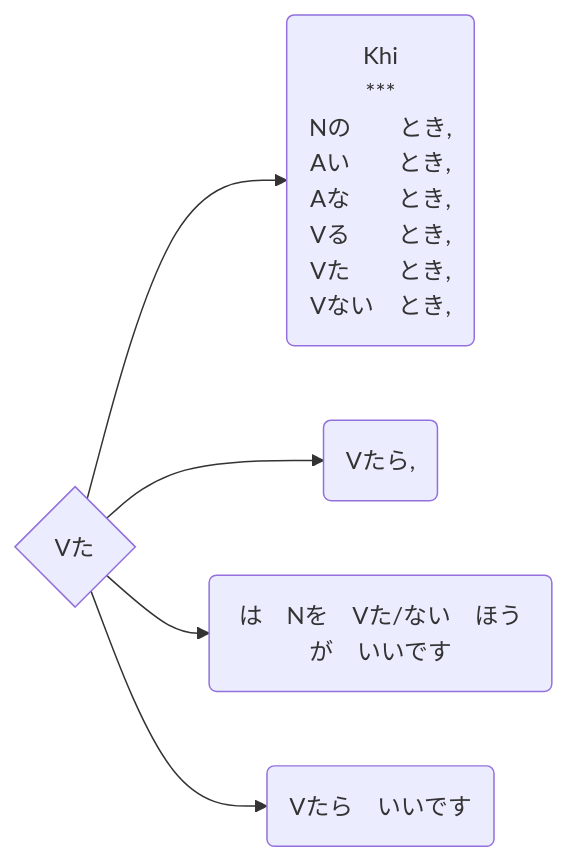
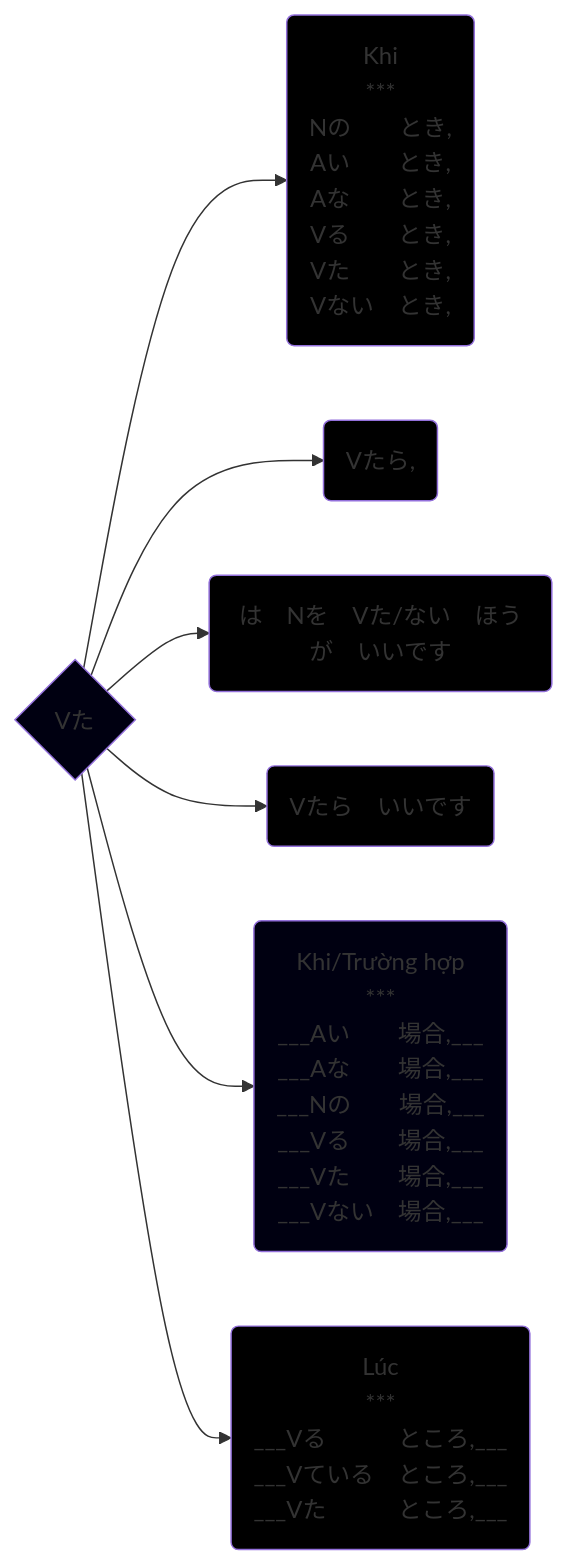
Before and after one commit to tea1504/learn: the diagram in The/た形.md, drawn with Mermaid. The commit also changed 18 other files, not shown here.

````diff
--- a/The/た形.md
+++ b/The/た形.md
@@ -1,9 +1,19 @@
 ```mermaid
 graph LR;
     V{Vた}
 
     V-->khi(Khi\n***\nNの　　とき,\nAい　　とき,\nAな　　とき,\nVる　　とき,\nVた　　とき,\nVない　とき,)
     V-->khiSauKhi(Vたら,)
     V-->nenKhongNen(は　Nを　Vた/ない　ほうが　いいです)
     V-->nenV(Vたら　いいです)
+    V-->truongHop(Khi/Trường hợp\n***\n___Aい　　場合,___\n___Aな　　場合,___\n___Nの　　場合,___\n___Vる　　場合,___\n___Vた　　場合,___\n___Vない　場合,___)
+    V-->luc(Lúc\n***\n___Vる　　　ところ,___\n___Vている　ところ,___\n___Vた　　　ところ,___)
+
+    style V fill:#001
+    style khi fill:#000
+    style khiSauKhi fill:#000
+    style luc fill:#000
+    style nenKhongNen fill:#000
+    style nenV fill:#000
+    style truongHop fill:#001
 ```
````
